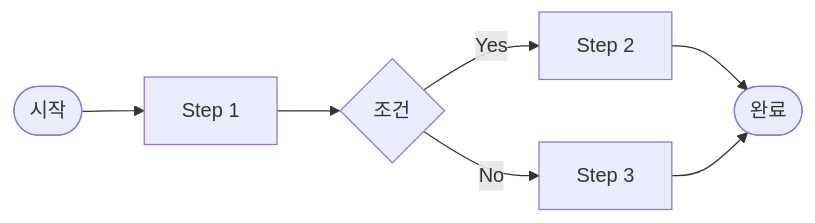
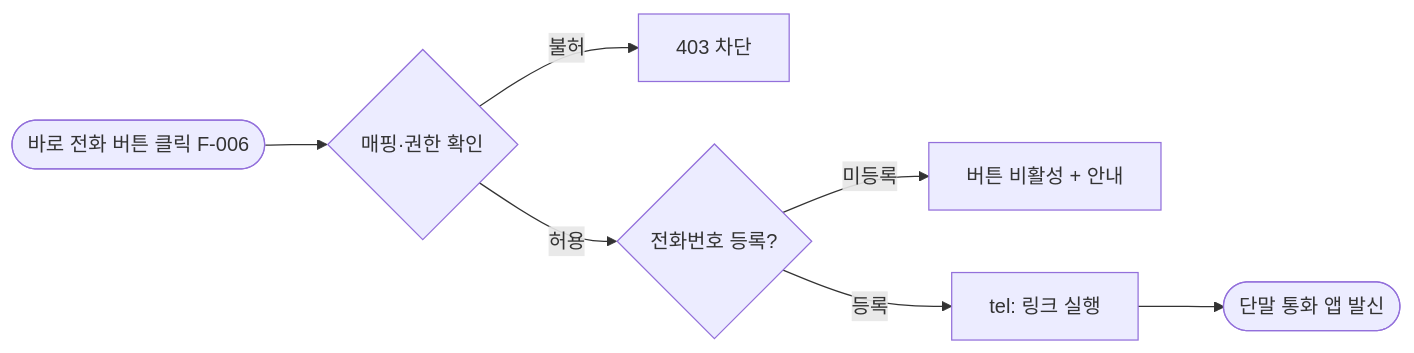
One commit to kbt8918/kbt-Harness changed the fourth of 6 diagrams in 02.AP-Framework-V0.42/02.기획문서/정보구조도.md. Above: the diagram before and after it, drawn with Mermaid. The commit also changed other lines of this file and 4 other files, not shown here.

First line of the commit message:
[W3] API스펙·정보구조도·시스템정의서·테스트시나리오 - 기능명세서 기반 작성 및 진행상황 갱신

````diff
--- a/02.AP-Framework-V0.42/02.기획문서/정보구조도.md
+++ b/02.AP-Framework-V0.42/02.기획문서/정보구조도.md
@@ -24,9 +95,9 @@
 ```mermaid
 flowchart LR
-    Start([시작]) --> Step1[Step 1]
-    Step1 --> Decision{조건}
-    Decision -->|Yes| Step2[Step 2]
-    Decision -->|No| Step3[Step 3]
-    Step2 --> End([완료])
-    Step3 --> End
+    Click([바로 전화 버튼 클릭 F-006]) --> Chk{매핑·권한 확인}
+    Chk -->|불허| Block[403 차단]
+    Chk -->|허용| Phone{전화번호 등록?}
+    Phone -->|미등록| Disable[버튼 비활성 + 안내]
+    Phone -->|등록| Tel[tel: 링크 실행]
+    Tel --> Call([단말 통화 앱 발신])
 ```
````
